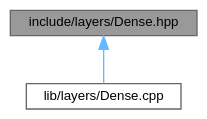
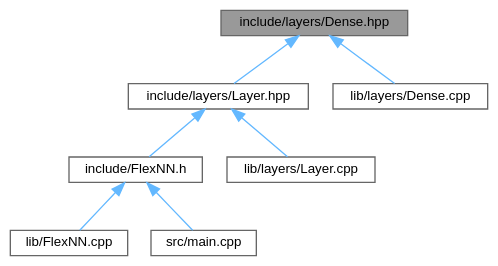
One commit to Nalin-Angrish/FlexNN changed the diagram in Dense_8hpp__dep__incl.dot. Above: the diagram before and after it, drawn with Graphviz. The commit also changed 85 other files, not shown here.

```diff
--- a/Dense_8hpp__dep__incl.dot
+++ b/Dense_8hpp__dep__incl.dot
@@ -1,10 +1,20 @@
 digraph "include/layers/Dense.hpp"
 {
  // LATEX_PDF_SIZE
   bgcolor="transparent";
   edge [fontname=Helvetica,fontsize=10,labelfontname=Helvetica,labelfontsize=10];
   node [fontname=Helvetica,fontsize=10,shape=box,height=0.2,width=0.4];
   Node1 [id="Node000001",label="include/layers/Dense.hpp",height=0.2,width=0.4,color="gray40", fillcolor="grey60", style="filled", fontcolor="black",tooltip="Dense (fully-connected) layer for FlexNN::Layers."];
   Node1 -> Node2 [id="edge1_Node000001_Node000002",dir="back",color="steelblue1",style="solid",tooltip=" "];
-  Node2 [id="Node000002",label="lib/layers/Dense.cpp",height=0.2,width=0.4,color="grey40", fillcolor="white", style="filled",URL="$Dense_8cpp.html",tooltip="Implements FlexNN::Layers::Dense forward/backward/update."];
+  Node2 [id="Node000002",label="include/layers/Layer.hpp",height=0.2,width=0.4,color="grey40", fillcolor="white", style="filled",URL="$Layer_8hpp.html",tooltip="Type-erased wrapper for FlexNN::Layers — heterogeneous stack without inheritance."];
+  Node2 -> Node3 [id="edge2_Node000002_Node000003",dir="back",color="steelblue1",style="solid",tooltip=" "];
+  Node3 [id="Node000003",label="include/FlexNN.h",height=0.2,width=0.4,color="grey40", fillcolor="white", style="filled",URL="$FlexNN_8h.html",tooltip="Header for FlexNN neural network (heterogeneous stack via Layers::Layer)."];
+  Node3 -> Node4 [id="edge3_Node000003_Node000004",dir="back",color="steelblue1",style="solid",tooltip=" "];
+  Node4 [id="Node000004",label="lib/FlexNN.cpp",height=0.2,width=0.4,color="grey40", fillcolor="white", style="filled",URL="$FlexNN_8cpp.html",tooltip="Implements FlexNN::NeuralNetwork with heterogeneous Layers::Layer variant."];
+  Node3 -> Node5 [id="edge4_Node000003_Node000005",dir="back",color="steelblue1",style="solid",tooltip=" "];
+  Node5 [id="Node000005",label="src/main.cpp",height=0.2,width=0.4,color="grey40", fillcolor="white", style="filled",URL="$main_8cpp.html",tooltip="Main file for the MNIST digit recognition example using FlexNN."];
+  Node2 -> Node6 [id="edge5_Node000002_Node000006",dir="back",color="steelblue1",style="solid",tooltip=" "];
+  Node6 [id="Node000006",label="lib/layers/Layer.cpp",height=0.2,width=0.4,color="grey40", fillcolor="white", style="filled",URL="$layers_2Layer_8cpp.html",tooltip="Out-of-line helpers for FlexNN::Layers::Layer (currently header-only)."];
+  Node1 -> Node7 [id="edge6_Node000001_Node000007",dir="back",color="steelblue1",style="solid",tooltip=" "];
+  Node7 [id="Node000007",label="lib/layers/Dense.cpp",height=0.2,width=0.4,color="grey40", fillcolor="white", style="filled",URL="$Dense_8cpp.html",tooltip="Implements FlexNN::Layers::Dense forward/backward/update."];
 }
```
